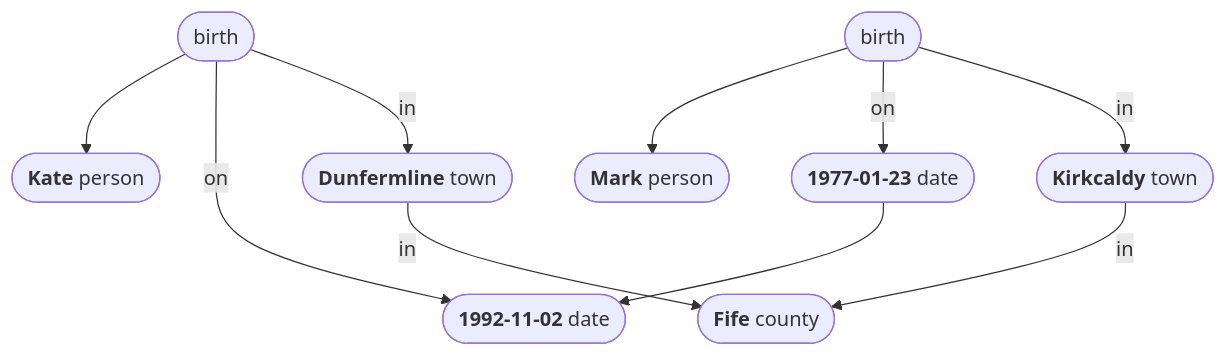
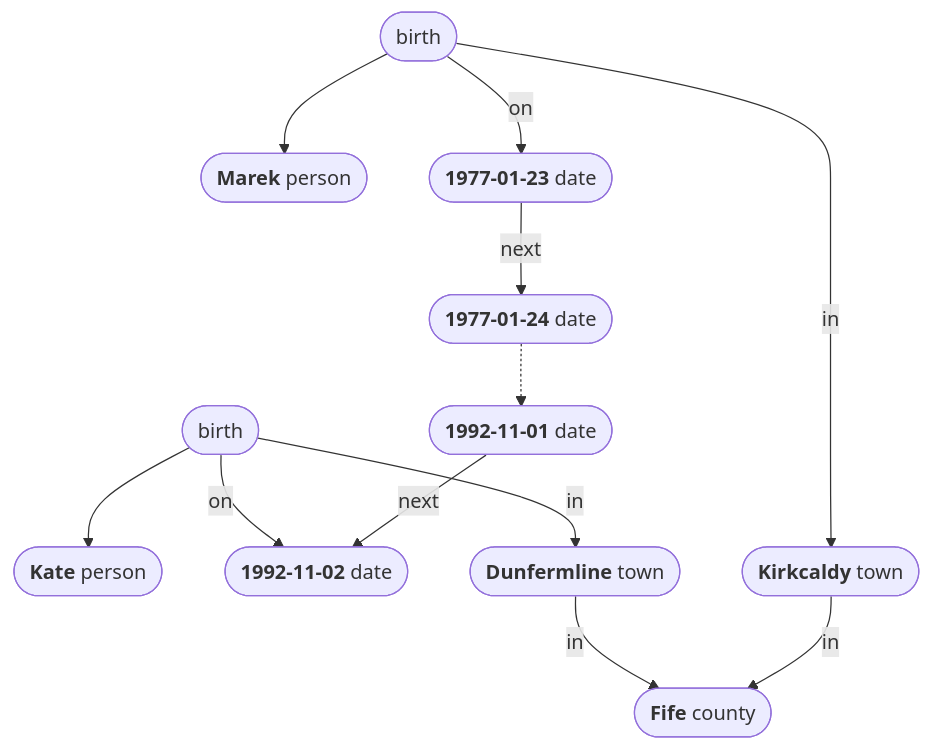
Before and after one commit to conmaol/maglocunus: the fourth of 10 diagrams in d/data.md, drawn with Mermaid. The commit also changed other lines of this file, not shown here.

First line of the commit message:
Correct entity name and enhance data graph

````diff
--- a/d/data.md
+++ b/d/data.md
@@ -75,23 +75,25 @@
 ```mermaid
 flowchart TD
     a([birth])
     b(["`**Kate** person`"])
     c(["`**1992-11-02** date`"])
     d(["`**Dunfermline** town`"])
     a --> b
     a -- on --> c
     a -- in --> d
     aa([birth])
-    bb(["`**Mark** person`"])
+    bb(["`**Marek** person`"])
     cc(["`**1977-01-23** date`"])
     dd(["`**Kirkcaldy** town`"])
     aa --> bb
     aa -- on --> cc
     aa -- in --> dd
     e(["`**Fife** county`"])
     d -- in --> e
     dd -- in --> e
-    cc --> c
-
-
+    ccc(["`**1977-01-24** date`"])
+    cc -- next --> ccc
+    cccc(["`**1992-11-01** date`"])
+    cccc -- next --> c
+    ccc -.-> cccc
 ```
````
